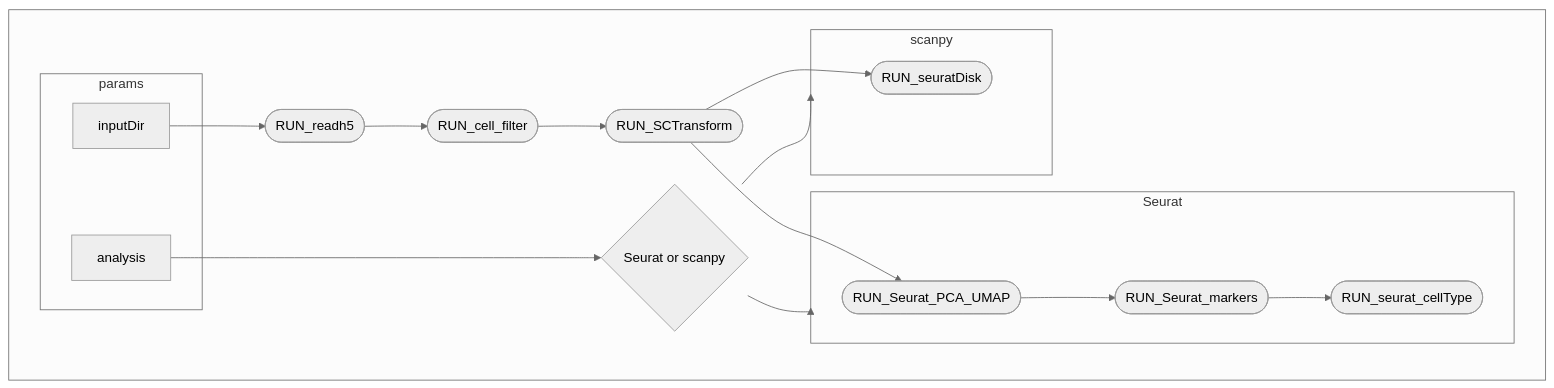
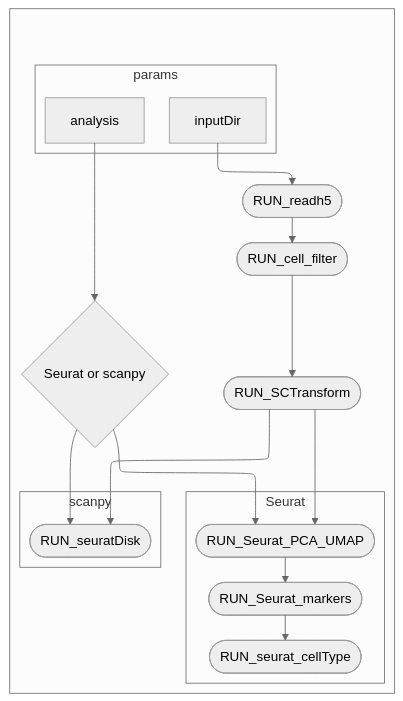
One commit to bontix-77/scRNAseq changed the diagram in Code/nf-scRNA/README.md. Above: the diagram before and after it, drawn with Mermaid (neutral theme).

Commit message:
changed the mermaid graph in the README.md

````diff
--- a/Code/nf-scRNA/README.md
+++ b/Code/nf-scRNA/README.md
@@ -55,31 +55,33 @@
 ``` mermaid
+%%{init: {"flowchart": {"defaultRenderer": "elk"}} }%%
+
 flowchart TB
   subgraph " "
     subgraph params
       v2["analysis"]
       v0["inputDir"]
     end
     v4([RUN_readh5])
     v5([RUN_cell_filter])
     v6([RUN_SCTransform])
     v7{"Seurat or scanpy"}
     subgraph s1["Seurat"]
       v8([RUN_Seurat_PCA_UMAP])
       v9([RUN_Seurat_markers])
       v11([RUN_seurat_cellType])
     end
     subgraph s2["scanpy"]
       v10([RUN_seuratDisk])
     end
     v0 --> v4
     v4 --> v5
     v5 --> v6
     v2 --> v7
     v6 --> v8
     v8 --> v9
     v6 --> v10
-    v7 --> s1
-    v7 --> s2
+    v7 --> v8
+    v7 --> v10
     v9 --> v11
   end
 ```
````
